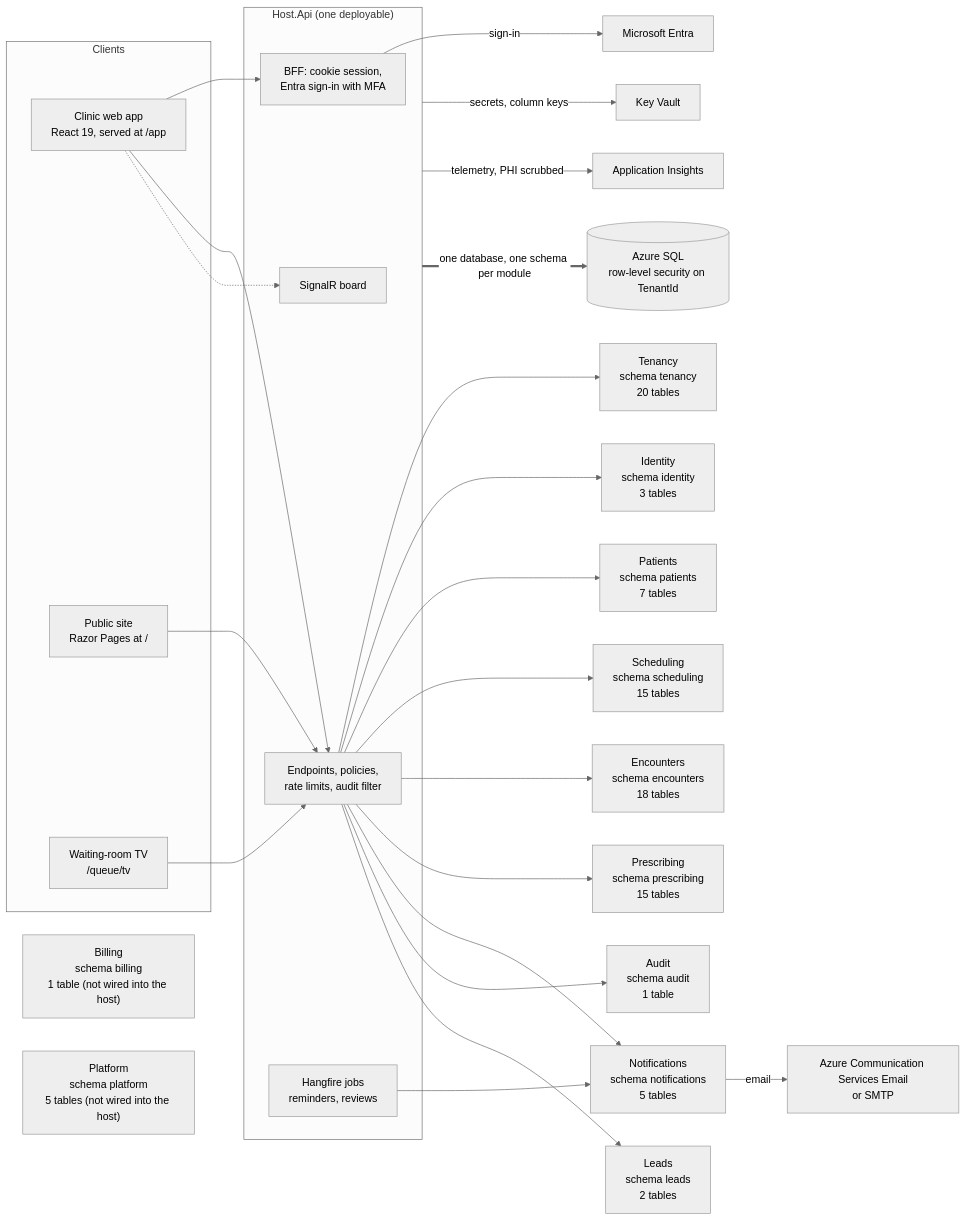
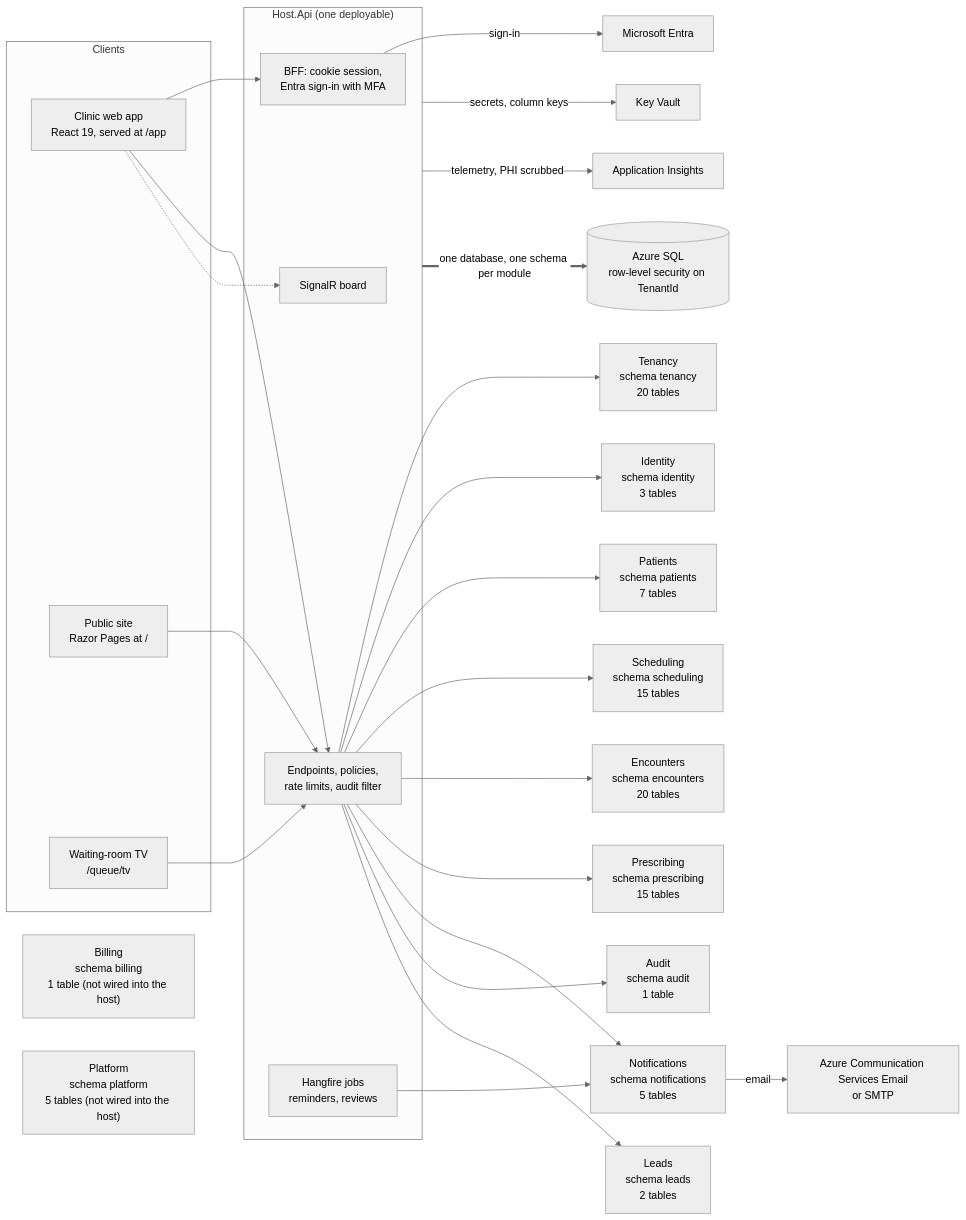
One commit to ALFRED-LUCIFER/medvya changed the first of 14 diagrams in docs/03-architecture/erd.md. Above: the diagram before and after it, drawn with Mermaid (neutral theme). The commit also changed other lines of this file and 42 other files, not shown here.

````diff
--- a/docs/03-architecture/erd.md
+++ b/docs/03-architecture/erd.md
@@ -15,36 +15,36 @@
 ```mermaid
 flowchart LR
   subgraph Clients
     web["Clinic web app<br/>React 19, served at /app"]
     site["Public site<br/>Razor Pages at /"]
     tv["Waiting-room TV<br/>/queue/tv"]
   end
   subgraph Host["Host.Api (one deployable)"]
     bff["BFF: cookie session,<br/>Entra sign-in with MFA"]
     api["Endpoints, policies,<br/>rate limits, audit filter"]
     hub["SignalR board"]
     jobs["Hangfire jobs<br/>reminders, reviews"]
   end
   web --> bff
   web --> api
   web -.-> hub
   tv --> api
   site --> api
   api --> Tenancy["Tenancy<br/>schema tenancy<br/>20 tables"]
   api --> Identity["Identity<br/>schema identity<br/>3 tables"]
   api --> Patients["Patients<br/>schema patients<br/>7 tables"]
   api --> Scheduling["Scheduling<br/>schema scheduling<br/>15 tables"]
-  api --> Encounters["Encounters<br/>schema encounters<br/>18 tables"]
+  api --> Encounters["Encounters<br/>schema encounters<br/>20 tables"]
   api --> Prescribing["Prescribing<br/>schema prescribing<br/>15 tables"]
   api --> Notifications["Notifications<br/>schema notifications<br/>5 tables"]
   api --> Audit["Audit<br/>schema audit<br/>1 table"]
   api --> Leads["Leads<br/>schema leads<br/>2 tables"]
   Billing["Billing<br/>schema billing<br/>1 table (not wired into the host)"]
   Platform["Platform<br/>schema platform<br/>5 tables (not wired into the host)"]
   jobs --> Notifications
   bff -->|"sign-in"| entra["Microsoft Entra"]
   Notifications -->|"email"| mail["Azure Communication Services Email<br/>or SMTP"]
   Host -->|"secrets, column keys"| kv["Key Vault"]
   Host -->|"telemetry, PHI scrubbed"| ai["Application Insights"]
   Host ==>|"one database, one schema per module"| sql[("Azure SQL<br/>row-level security on TenantId")]
 ```
````
